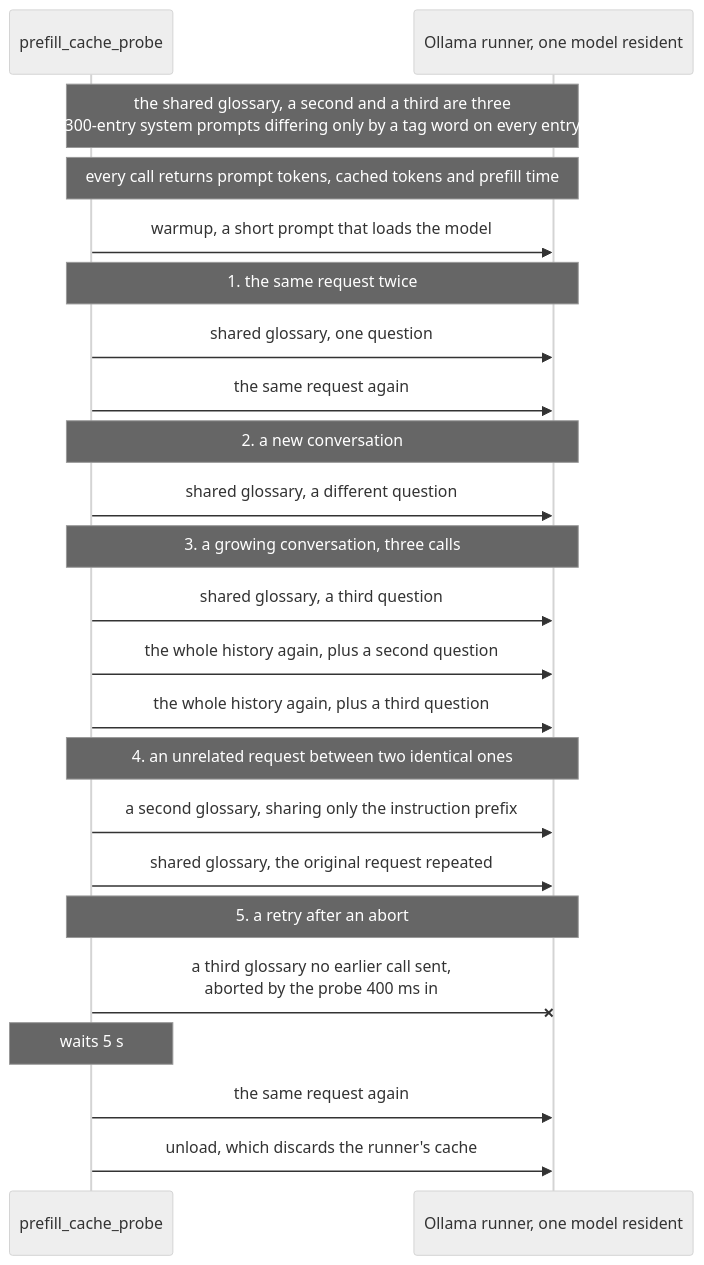
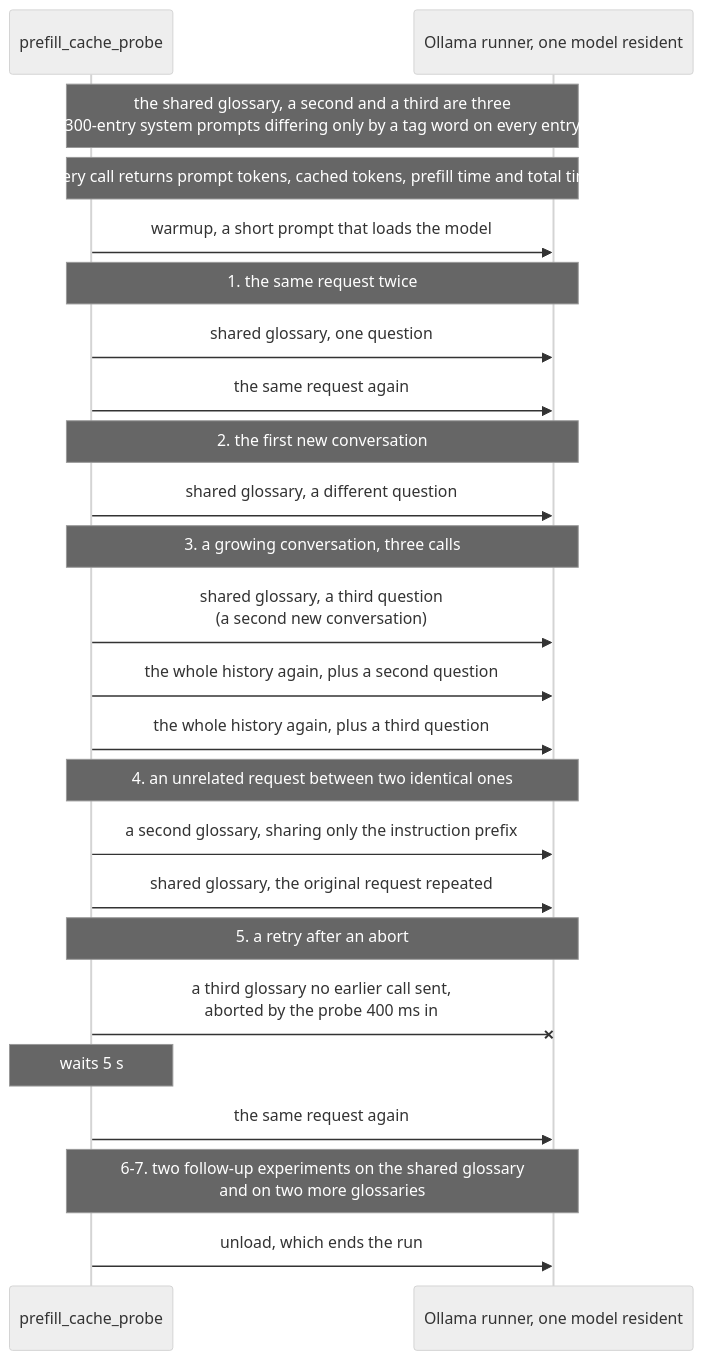
One commit to freemansoft/Flutter-AdaptiveCards changed the first of 4 diagrams in adaptive_chat_server_dart/blog/article-8-prompt-cache-draft.md. Above: the diagram before and after it, drawn with Mermaid (neutral theme). The commit also changed other lines of this file and 1 other file, not shown here.

````diff
--- a/adaptive_chat_server_dart/blog/article-8-prompt-cache-draft.md
+++ b/adaptive_chat_server_dart/blog/article-8-prompt-cache-draft.md
@@ -67,33 +71,34 @@
 ```mermaid
 sequenceDiagram
   participant P as prefill_cache_probe
   participant O as Ollama runner, one model resident
 
   Note over P,O: the shared glossary, a second and a third are three<br/>300-entry system prompts differing only by a tag word on every entry
-  Note over P,O: every call returns prompt tokens, cached tokens and prefill time
+  Note over P,O: every call returns prompt tokens, cached tokens, prefill time and total time
 
   P->>O: warmup, a short prompt that loads the model
 
   Note over P,O: 1. the same request twice
   P->>O: shared glossary, one question
   P->>O: the same request again
 
-  Note over P,O: 2. a new conversation
+  Note over P,O: 2. the first new conversation
   P->>O: shared glossary, a different question
 
   Note over P,O: 3. a growing conversation, three calls
-  P->>O: shared glossary, a third question
+  P->>O: shared glossary, a third question<br/>(a second new conversation)
   P->>O: the whole history again, plus a second question
   P->>O: the whole history again, plus a third question
 
   Note over P,O: 4. an unrelated request between two identical ones
   P->>O: a second glossary, sharing only the instruction prefix
   P->>O: shared glossary, the original request repeated
 
   Note over P,O: 5. a retry after an abort
   P-xO: a third glossary no earlier call sent,<br/>aborted by the probe 400 ms in
   Note over P: waits 5 s
   P->>O: the same request again
 
-  P->>O: unload, which discards the runner's cache
+  Note over P,O: 6-7. two follow-up experiments on the shared glossary<br/>and on two more glossaries
+  P->>O: unload, which ends the run
 ```
````
